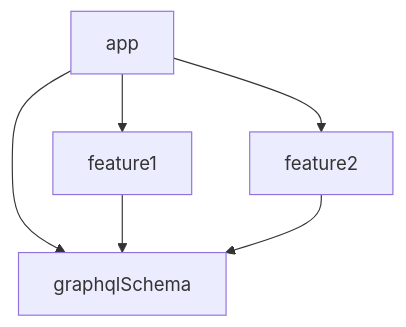
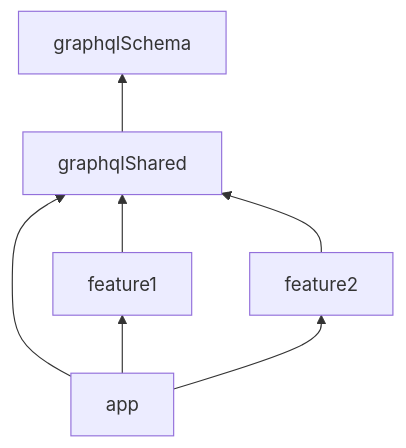
One commit to apollographql/apollo-kotlin-samples changed the diagram in multi-modules-and-services/README.md. Above: the diagram before and after it, drawn with Mermaid. The commit also changed other lines of this file and 10 other files, not shown here.

Commit message:
Add a graphqlSchema module

````diff
--- a/multi-modules-and-services/README.md
+++ b/multi-modules-and-services/README.md
@@ -10,8 +10,9 @@
 ```mermaid
-  graph TD;
-      app-->graphqlSchema;
-      app-->feature1;
-      app-->feature2;
-      feature1-->graphqlSchema;
-      feature2-->graphqlSchema;
+graph BT;
+  app-->graphqlShared;
+  app-->feature1;
+  app-->feature2;
+  feature1-->graphqlShared;
+  feature2-->graphqlShared;
+  graphqlShared-->graphqlSchema;
 ```
````
